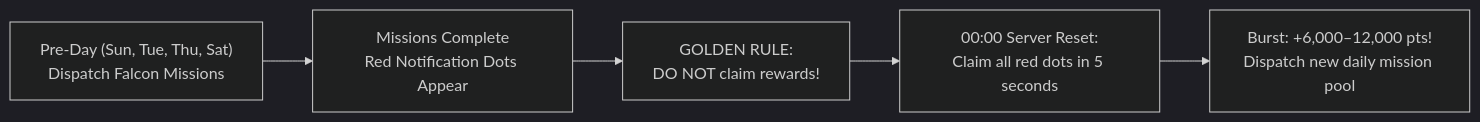
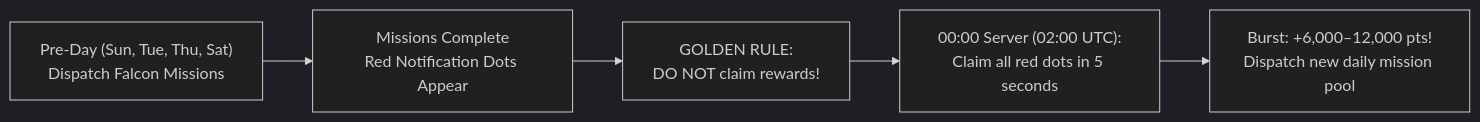
One commit to Fongobongo/last-asylum-website changed the first of 2 diagrams in site/content/guides/en/events/supreme-healer.md. Above: the diagram before and after it, drawn with Mermaid (dark theme). The commit also changed other lines of this file and 1 other file, not shown here.

````diff
--- a/site/content/guides/en/events/supreme-healer.md
+++ b/site/content/guides/en/events/supreme-healer.md
@@ -75,7 +81,7 @@
 ```mermaid
 flowchart LR
     A["Pre-Day (Sun, Tue, Thu, Sat)<br>Dispatch Falcon Missions"] --> B["Missions Complete<br>Red Notification Dots Appear"]
     B --> C["GOLDEN RULE:<br>DO NOT claim rewards!"]
-    C --> D["00:00 Server Reset:<br>Claim all red dots in 5 seconds"]
+    C --> D["00:00 Server (02:00 UTC):<br>Claim all red dots in 5 seconds"]
     D --> E["Burst: +6,000–12,000 pts!<br>Dispatch new daily mission pool"]
 ```
````
